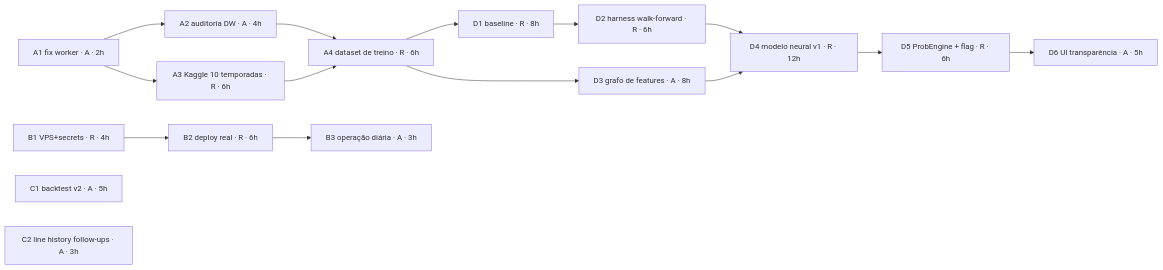
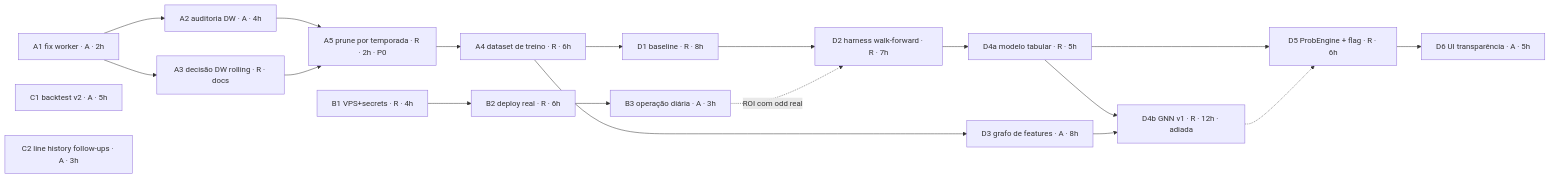
The diagram in docs/PLANO_PROXIMAS_ETAPAS.md (Nba-Scout/AnalyzerNBAscouts), drawn with Mermaid before and after one commit. The commit also changed other lines of this file and 1 other file, not shown here.

````diff
--- a/docs/PLANO_PROXIMAS_ETAPAS.md
+++ b/docs/PLANO_PROXIMAS_ETAPAS.md
@@ -89,18 +99,22 @@
 ```mermaid
 flowchart LR
   A1[A1 fix worker · A · 2h] --> A2[A2 auditoria DW · A · 4h]
-  A1 --> A3[A3 Kaggle 10 temporadas · R · 6h]
-  A2 --> A4[A4 dataset de treino · R · 6h]
-  A3 --> A4
+  A1 --> A3[A3 decisão DW rolling · R · docs]
+  A2 --> A5[A5 prune por temporada · R · 2h · P0]
+  A3 --> A5
+  A5 --> A4[A4 dataset de treino · R · 6h]
   B1[B1 VPS+secrets · R · 4h] --> B2[B2 deploy real · R · 6h]
   B2 --> B3[B3 operação diária · A · 3h]
   C1[C1 backtest v2 · A · 5h]
   C2[C2 line history follow-ups · A · 3h]
   A4 --> D1[D1 baseline · R · 8h]
   A4 --> D3[D3 grafo de features · A · 8h]
-  D1 --> D2[D2 harness walk-forward · R · 6h]
-  D2 --> D4[D4 modelo neural v1 · R · 12h]
-  D3 --> D4
-  D4 --> D5[D5 ProbEngine + flag · R · 6h]
+  D1 --> D2[D2 harness walk-forward · R · 7h]
+  D2 --> D4a[D4a modelo tabular · R · 5h]
+  B3 -.->|ROI com odd real| D2
+  D4a --> D4b[D4b GNN v1 · R · 12h · adiada]
+  D3 --> D4b
+  D4a --> D5[D5 ProbEngine + flag · R · 6h]
+  D4b -.-> D5
   D5 --> D6[D6 UI transparência · A · 5h]
 ```
````
